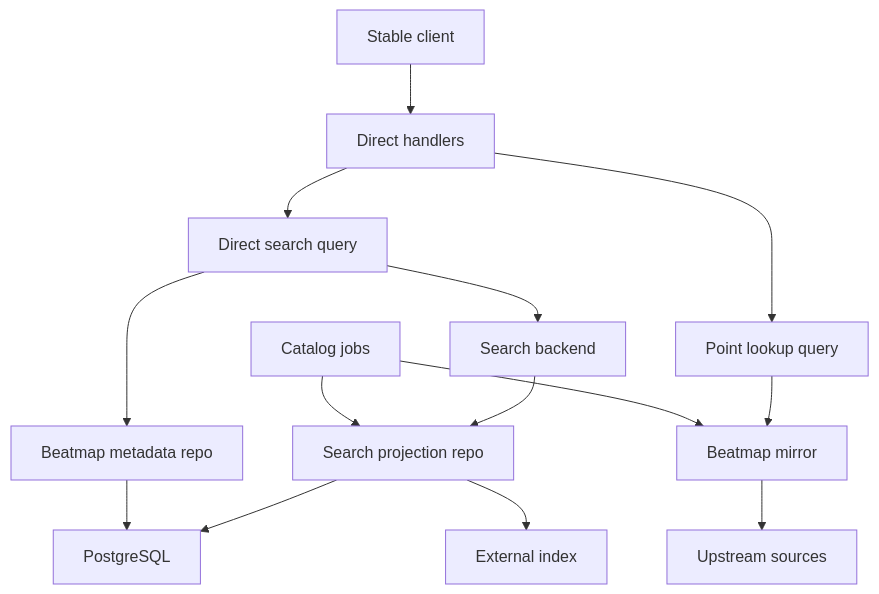
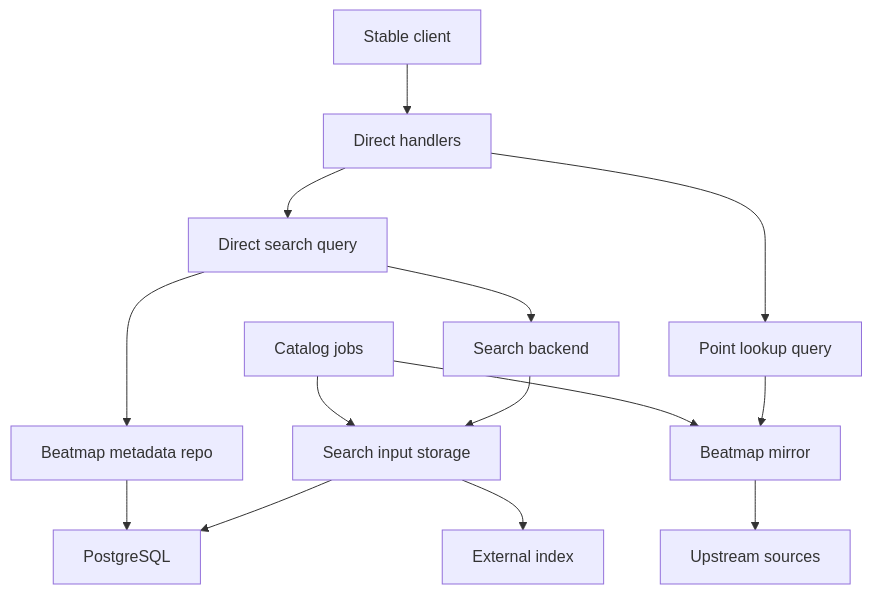
Before and after one commit to Reticulmz/athena: the first of 7 diagrams in .kiro/specs/osu-direct/design.md, drawn with Mermaid. The commit also changed other lines of this file and 3 other files, not shown here.

````diff
--- a/.kiro/specs/osu-direct/design.md
+++ b/.kiro/specs/osu-direct/design.md
@@ -81,29 +82,29 @@
 ```mermaid
 graph TB
     StableClient[Stable client]
     DirectHandlers[Direct handlers]
     DirectSearch[Direct search query]
     PointLookup[Point lookup query]
     SearchBackend[Search backend]
     MetadataRepo[Beatmap metadata repo]
-    ProjectionRepo[Search projection repo]
+    SearchInput[Search input storage]
     BeatmapMirror[Beatmap mirror]
     SyncJobs[Catalog jobs]
     ExternalIndex[External index]
     Database[PostgreSQL]
     Upstream[Upstream sources]
 
     StableClient --> DirectHandlers
     DirectHandlers --> DirectSearch
     DirectHandlers --> PointLookup
     DirectSearch --> SearchBackend
-    SearchBackend --> ProjectionRepo
+    SearchBackend --> SearchInput
     DirectSearch --> MetadataRepo
     PointLookup --> BeatmapMirror
     SyncJobs --> BeatmapMirror
-    SyncJobs --> ProjectionRepo
-    ProjectionRepo --> Database
+    SyncJobs --> SearchInput
+    SearchInput --> Database
     MetadataRepo --> Database
-    ProjectionRepo --> ExternalIndex
+    SearchInput --> ExternalIndex
     BeatmapMirror --> Upstream
 ```
````
